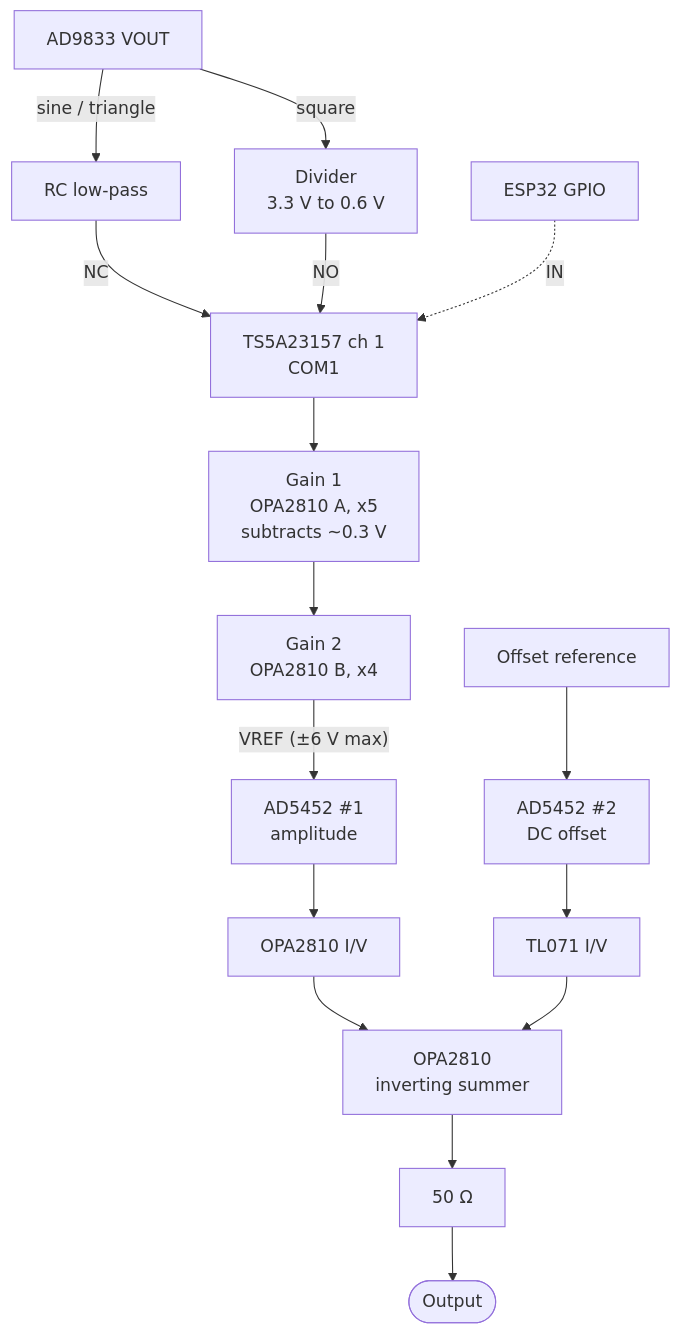
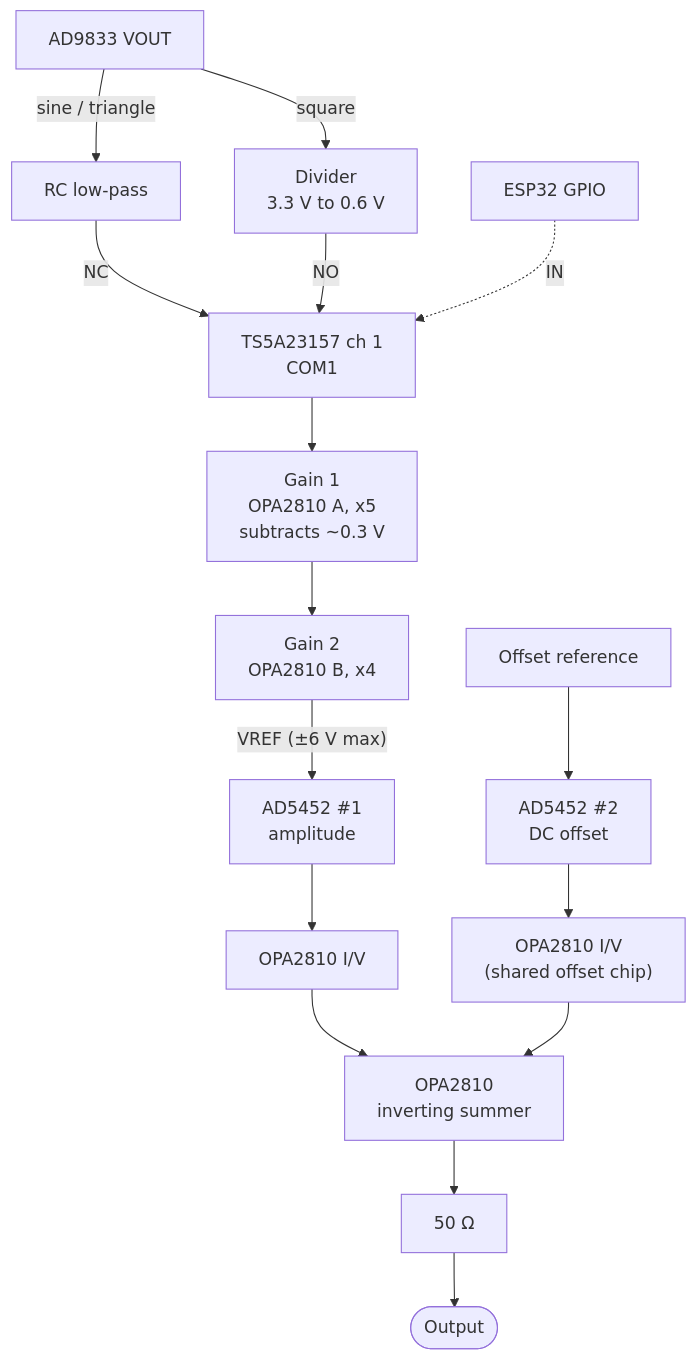
One commit to R0mba-Na11avan/425_Function_Generator changed the diagram in docs/parts.md. Above: the diagram before and after it, drawn with Mermaid. The commit also changed other lines of this file and 21 other files, not shown here.

````diff
--- a/docs/parts.md
+++ b/docs/parts.md
@@ -21,25 +21,25 @@
 ```mermaid
 flowchart TD
     DDS["AD9833 VOUT"]
     LPF["RC low-pass"]
     DIV["Divider<br/>3.3 V to 0.6 V"]
     SW["TS5A23157 ch 1<br/>COM1"]
     GPIO["ESP32 GPIO"]
     G1["Gain 1<br/>OPA2810 A, x5<br/>subtracts ~0.3 V"]
     G2["Gain 2<br/>OPA2810 B, x4"]
     AMP["AD5452 #1<br/>amplitude"]
     AIV["OPA2810 I/V"]
     OREF["Offset reference"]
     OFS["AD5452 #2<br/>DC offset"]
-    OIV["TL071 I/V"]
+    OIV["OPA2810 I/V<br/>(shared offset chip)"]
     SUM["OPA2810<br/>inverting summer"]
     R50["50 Ω"]
     OUT(["Output"])
 
     DDS -->|sine / triangle| LPF -->|NC| SW
     DDS -->|square| DIV -->|NO| SW
     GPIO -.->|IN| SW
     SW --> G1 --> G2 -->|"VREF (±6 V max)"| AMP --> AIV --> SUM
     OREF --> OFS --> OIV --> SUM
     SUM --> R50 --> OUT
 ```
````
